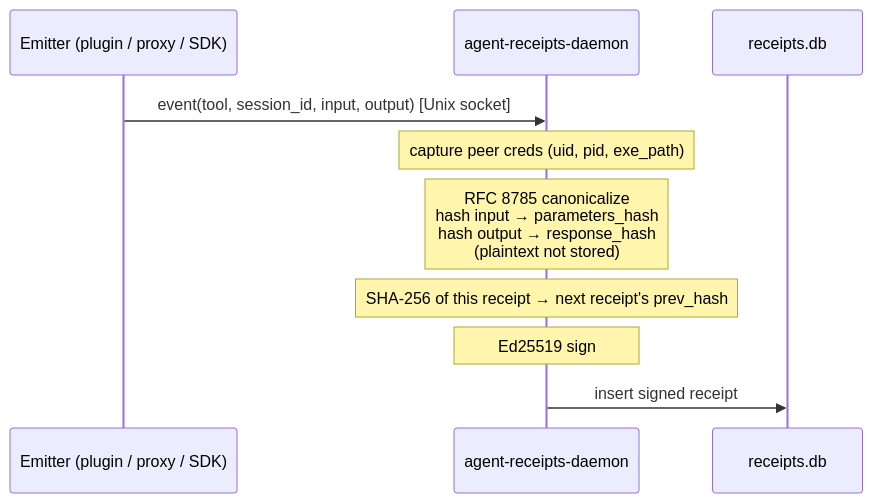
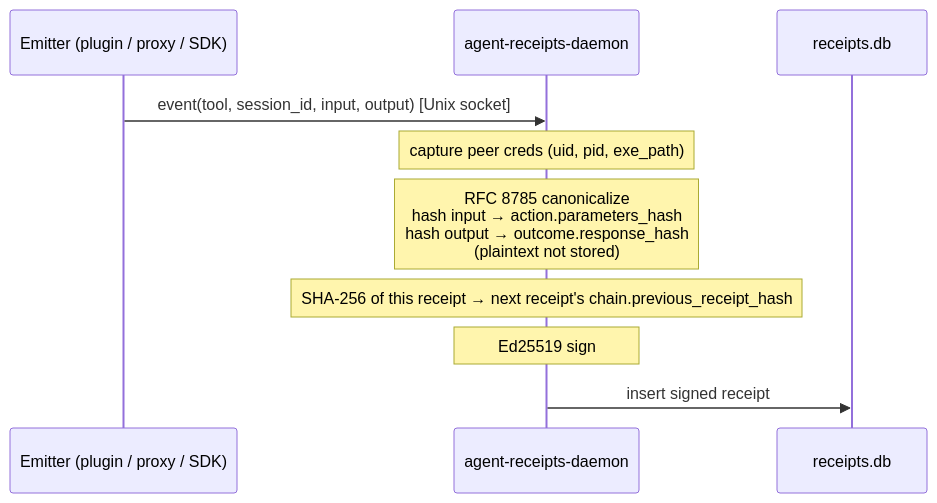
Before and after one commit to agent-receipts/ar: the diagram in site/src/content/docs/specification/how-it-works.mdx, drawn with Mermaid. The commit also changed 2 other files, not shown here.

Commit message:
docs(site): fix diagram field names and MCP bidirectionality per Copilot review
receipt-chain-verification.mdx:
- Gap 3.1: use chain.previous_receipt_hash (full field path) and sha256:
  prefix throughout the flowchart; D node now says 'SHA-256 of canonical
  form — proof excluded' for clarity

how-it-works.mdx:
- Gap 2.1: shorthand hash names → exact spec paths (action.parameters_hash,
  outcome.response_hash, chain.previous_receipt_hash)

mcp-proxy/overview.mdx:
- Gap 4.1: stdio/JSON-RPC arrows are now bidirectional (<-->) to reflect
  that MCP is a request/response protocol

````diff
--- a/site/src/content/docs/specification/how-it-works.mdx
+++ b/site/src/content/docs/specification/how-it-works.mdx
@@ -93,13 +93,13 @@
 ```mermaid
 sequenceDiagram
   participant E as Emitter (plugin / proxy / SDK)
   participant D as agent-receipts-daemon
   participant DB as receipts.db
 
   E->>D: event(tool, session_id, input, output) [Unix socket]
   Note over D: capture peer creds (uid, pid, exe_path)
-  Note over D: RFC 8785 canonicalize<br/>hash input → parameters_hash<br/>hash output → response_hash<br/>(plaintext not stored)
-  Note over D: SHA-256 of this receipt → next receipt's prev_hash
+  Note over D: RFC 8785 canonicalize<br/>hash input → action.parameters_hash<br/>hash output → outcome.response_hash<br/>(plaintext not stored)
+  Note over D: SHA-256 of this receipt → next receipt's chain.previous_receipt_hash
   Note over D: Ed25519 sign
   D->>DB: insert signed receipt
 ```
````
